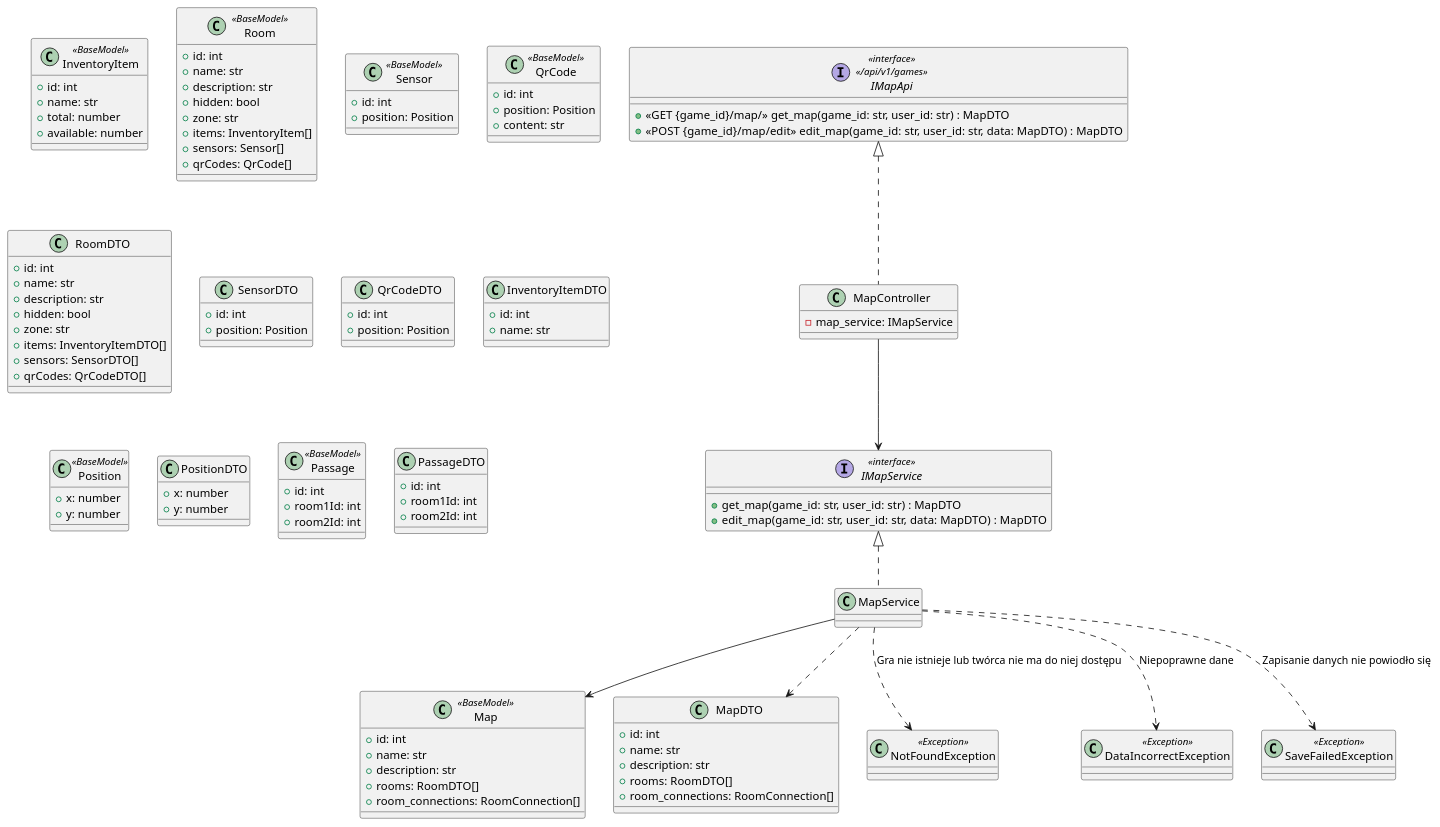
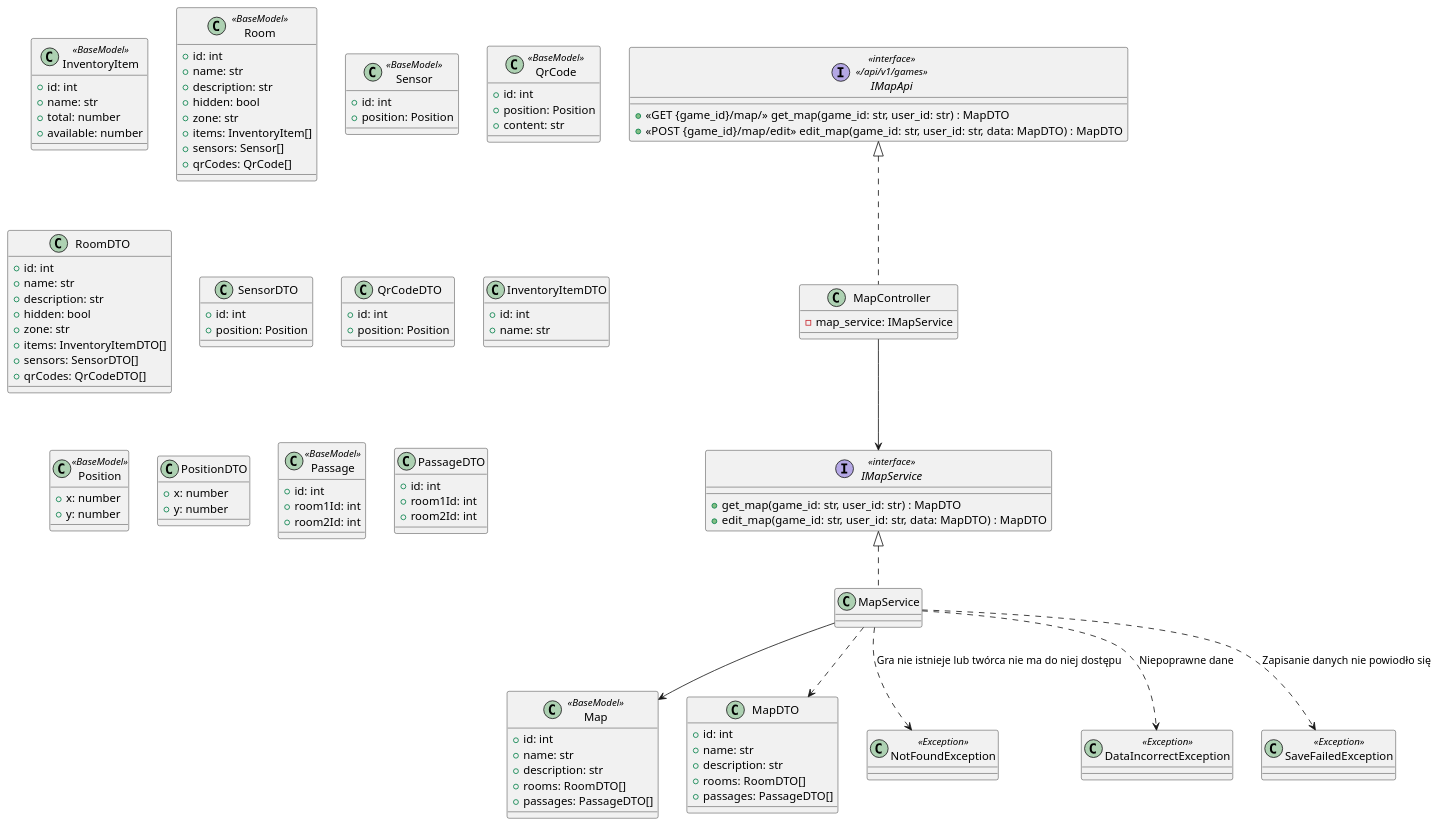
Before and after one commit to Igor-Ochocki/POP-2026Z: the diagram in diagrams/backend/map-definition.md, drawn with PlantUML.

Commit message:
replace connections with passages

```diff
--- a/diagrams/backend/map-definition.md
+++ b/diagrams/backend/map-definition.md
@@ -23,7 +23,7 @@
     + name: str
     + description: str
     + rooms: RoomDTO[]
-    + room_connections: RoomConnection[]
+    + passages: PassageDTO[]
 }
 
 class MapDTO {
@@ -31,7 +31,7 @@
     + name: str
     + description: str
     + rooms: RoomDTO[]
-    + room_connections: RoomConnection[]
+    + passages: PassageDTO[]
 }
 
 class InventoryItem <<BaseModel>> {
```
